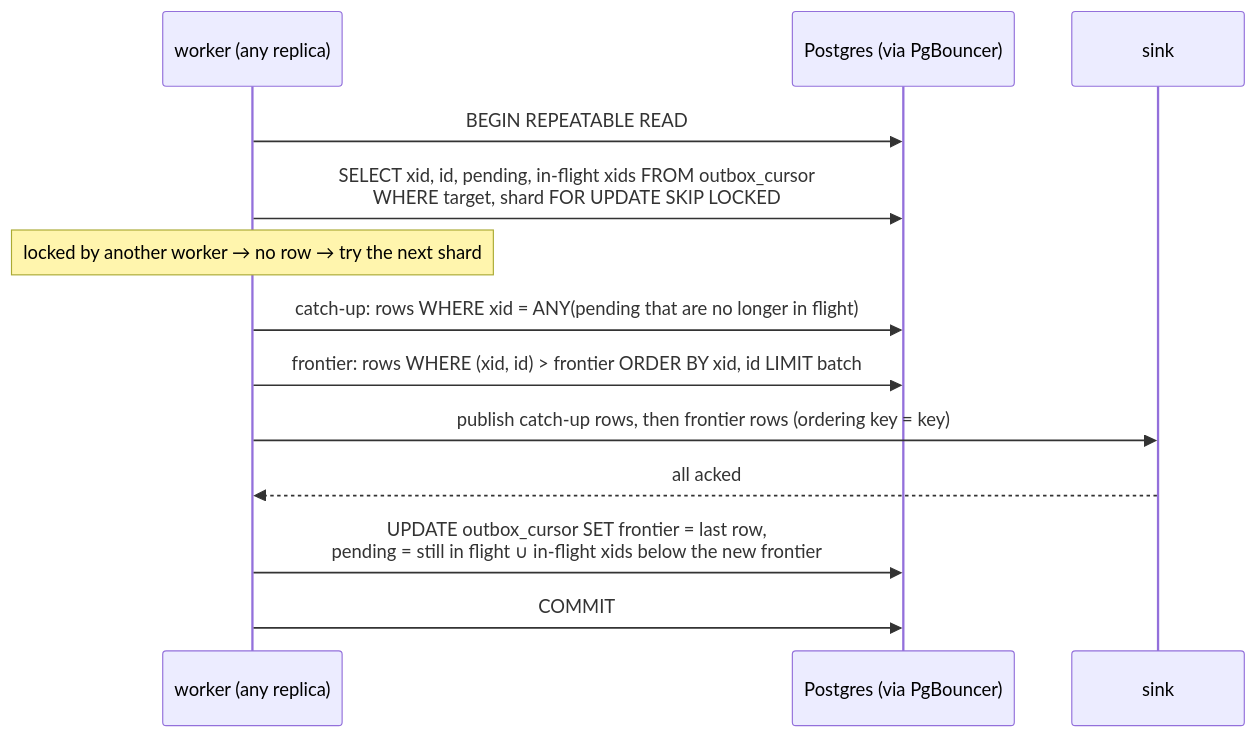
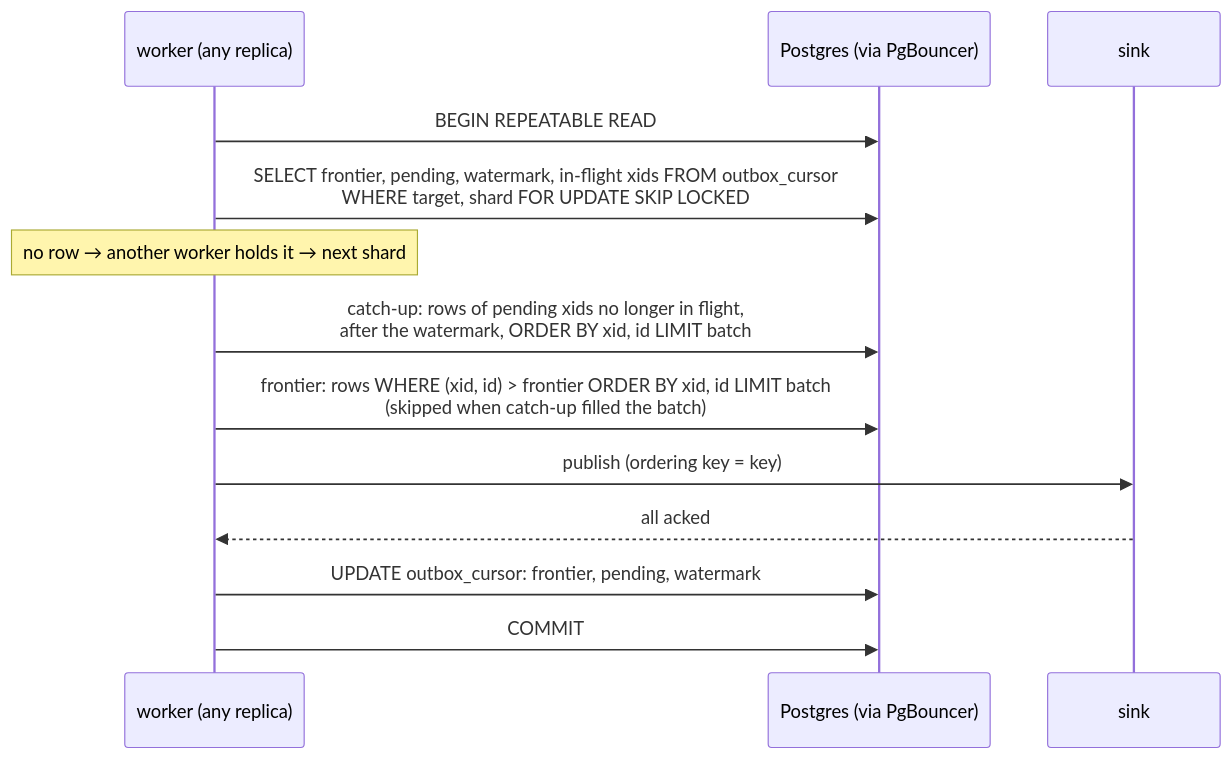
One commit to JoeSouthan/postgres-outbox-playground changed the second of 2 diagrams in docs/cursor.md. Above: the diagram before and after it, drawn with Mermaid. The commit also changed other lines of this file and 7 other files, not shown here.

````diff
--- a/docs/cursor.md
+++ b/docs/cursor.md
@@ -43,15 +43,15 @@
 ```mermaid
 sequenceDiagram
   participant W as worker (any replica)
   participant PG as Postgres (via PgBouncer)
   participant PS as sink
   W->>PG: BEGIN REPEATABLE READ
-  W->>PG: SELECT xid, id, pending, in-flight xids FROM outbox_cursor<br/>WHERE target, shard FOR UPDATE SKIP LOCKED
-  Note over W: locked by another worker → no row → try the next shard
-  W->>PG: catch-up: rows WHERE xid = ANY(pending that are no longer in flight)
-  W->>PG: frontier: rows WHERE (xid, id) > frontier ORDER BY xid, id LIMIT batch
-  W->>PS: publish catch-up rows, then frontier rows (ordering key = key)
+  W->>PG: SELECT frontier, pending, watermark, in-flight xids FROM outbox_cursor<br/>WHERE target, shard FOR UPDATE SKIP LOCKED
+  Note over W: no row → another worker holds it → next shard
+  W->>PG: catch-up: rows of pending xids no longer in flight,<br/>after the watermark, ORDER BY xid, id LIMIT batch
+  W->>PG: frontier: rows WHERE (xid, id) > frontier ORDER BY xid, id LIMIT batch<br/>(skipped when catch-up filled the batch)
+  W->>PS: publish (ordering key = key)
   PS-->>W: all acked
-  W->>PG: UPDATE outbox_cursor SET frontier = last row,<br/>pending = still in flight ∪ in-flight xids below the new frontier
+  W->>PG: UPDATE outbox_cursor: frontier, pending, watermark
   W->>PG: COMMIT
 ```
````
